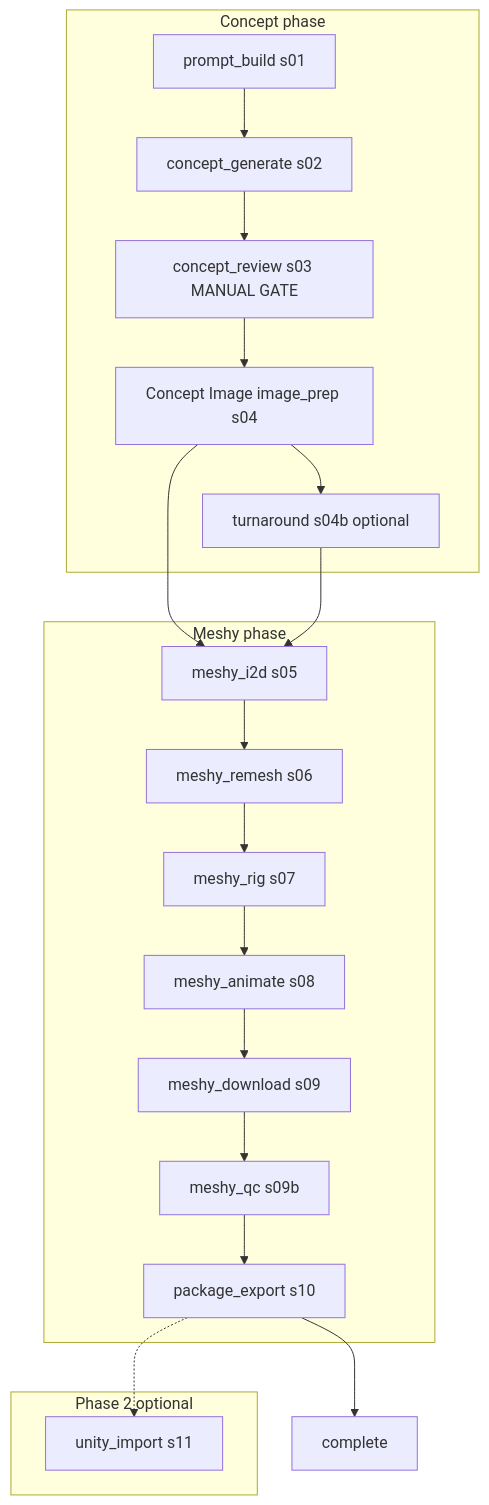
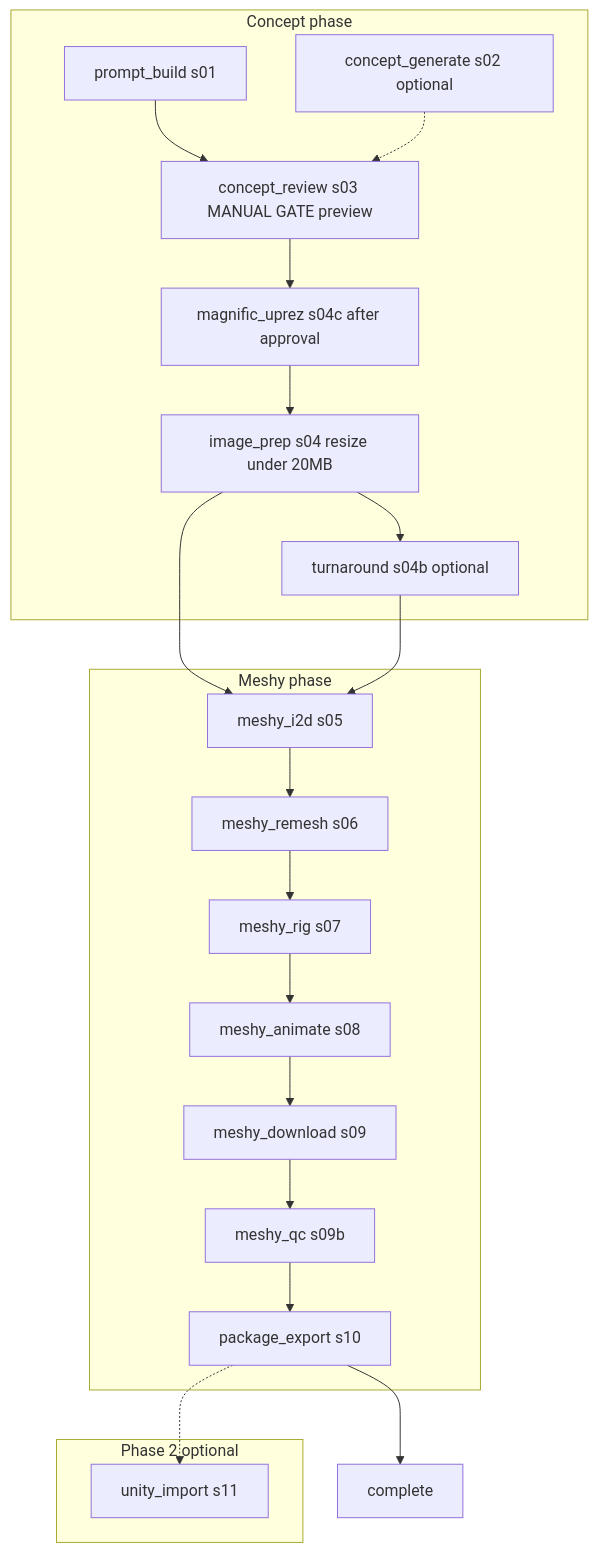
The third of 7 diagrams in README.md (EazyTom/asset-assembly-automator), drawn with Mermaid before and after one commit. The commit also changed other lines of this file and 21 other files, not shown here.

Commit message:
magnific uprez after concept approval / optional

````diff
--- a/README.md
+++ b/README.md
@@ -158,30 +160,32 @@
 ```mermaid
 flowchart TD
     subgraph concept [Concept phase]
         PB[prompt_build s01]
-        CG[concept_generate s02]
-        CR[concept_review s03 MANUAL GATE]
-        IP[Concept Image image_prep s04]
+        CG[concept_generate s02 optional]
+        CR[concept_review s03 MANUAL GATE preview]
+        UP[magnific_uprez s04c after approval]
+        IP[image_prep s04 resize under 20MB]
         TA[turnaround s04b optional]
     end
     subgraph meshy [Meshy phase]
         I2D[meshy_i2d s05]
         RM[meshy_remesh s06]
         RG[meshy_rig s07]
         AN[meshy_animate s08]
         DL[meshy_download s09]
         QC[meshy_qc s09b]
         ZIP[package_export s10]
     end
     subgraph phase2 [Phase 2 optional]
         UI[unity_import s11]
     end
-    PB --> CG --> CR
-    CR --> IP
+    PB --> CR
+    CG -.-> CR
+    CR --> UP --> IP
     IP --> TA
     IP --> I2D
     TA --> I2D
     I2D --> RM --> RG --> AN --> DL --> QC --> ZIP
     ZIP --> COMPLETE[complete]
     ZIP -.-> UI
 ```
````
